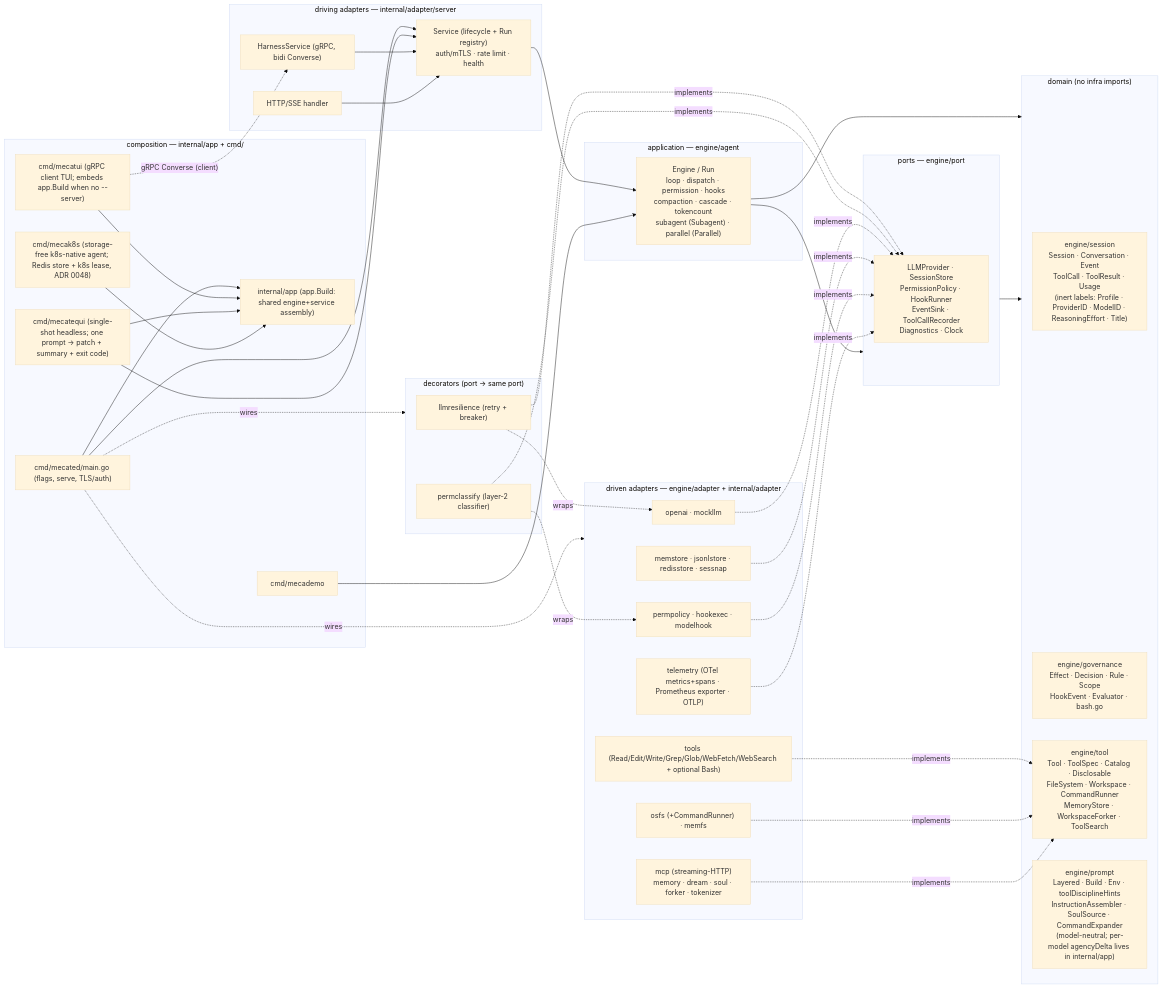
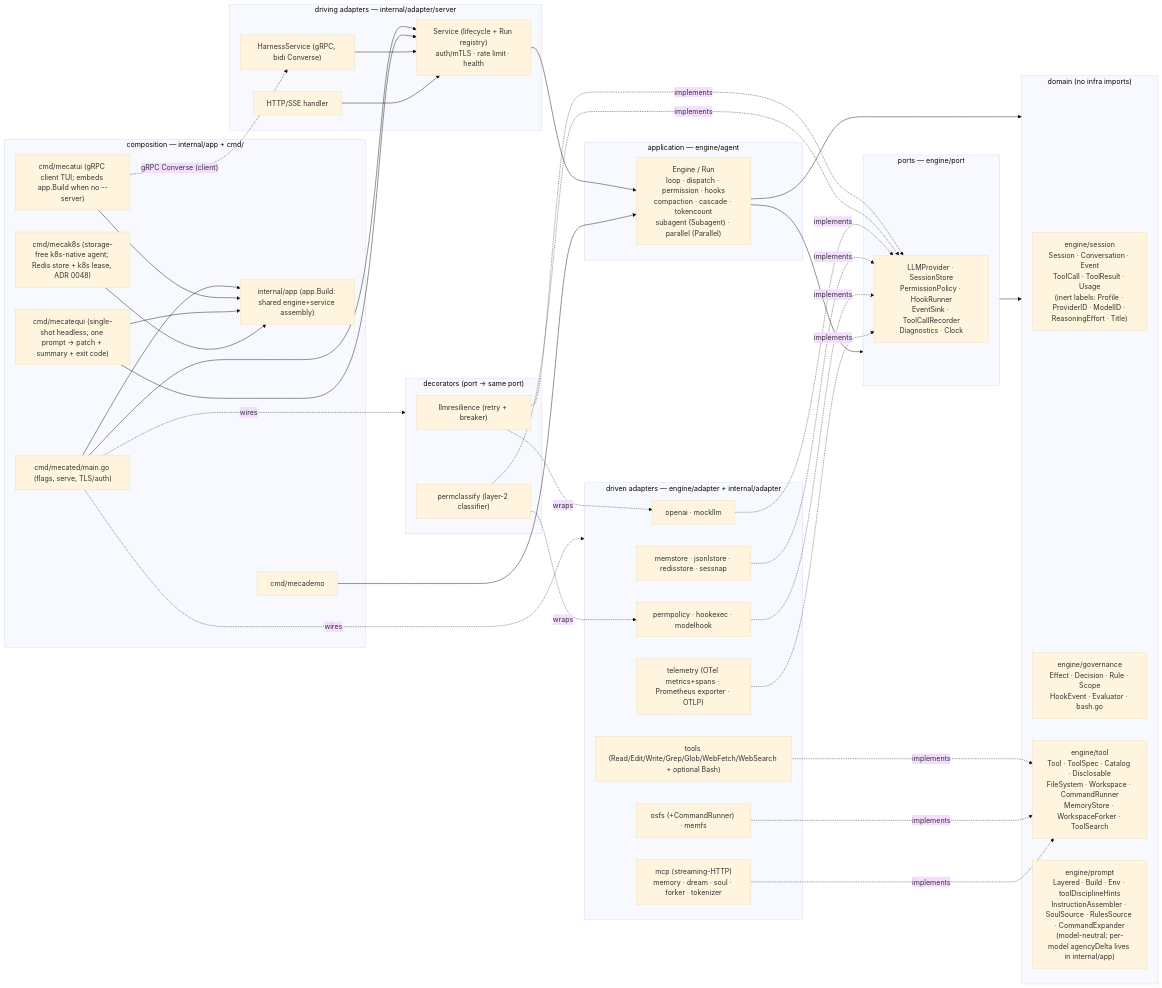
Before and after one commit to Sanskarzz/mecatl: the diagram in docs/architecture.md, drawn with Mermaid (base theme). The commit also changed other lines of this file and 40 other files, not shown here.

First line of the commit message:
feat(prompt): RulesSource port + .claude/rules discovery (#329) (#334)

````diff
--- a/docs/architecture.md
+++ b/docs/architecture.md
@@ -101,74 +101,74 @@
 ```mermaid
 flowchart LR
   subgraph CMD["composition — internal/app + cmd/"]
     app["internal/app (app.Build: shared engine+service assembly)"]
     mecated["cmd/mecated/main.go (flags, serve, TLS/auth)"]
     demo["cmd/mecademo"]
     tui["cmd/mecatui (gRPC client TUI; embeds app.Build when no --server)"]
     mq["cmd/mecatequi (single-shot headless; one prompt → patch + summary + exit code)"]
     k8s["cmd/mecak8s (storage-free k8s-native agent; Redis store + k8s lease, ADR 0048)"]
     mecated --> app
     tui --> app
     mq --> app
     k8s --> app
   end
 
   subgraph DRIVING["driving adapters — internal/adapter/server"]
     grpc["HarnessService (gRPC, bidi Converse)"]
     http["HTTP/SSE handler"]
     svc["Service (lifecycle + Run registry)\nauth/mTLS · rate limit · health"]
   end
 
   subgraph APP["application — engine/agent"]
     engine["Engine / Run\nloop · dispatch · permission · hooks\ncompaction · cascade · tokencount\nsubagent (Subagent) · parallel (Parallel)"]
   end
 
   subgraph PORTS["ports — engine/port"]
     p["LLMProvider · SessionStore\nPermissionPolicy · HookRunner\nEventSink · ToolCallRecorder\nDiagnostics · Clock"]
   end
 
   subgraph DOMAIN["domain (no infra imports)"]
     sess["engine/session\nSession · Conversation · Event\nToolCall · ToolResult · Usage\n(inert labels: Profile · ProviderID · ModelID · ReasoningEffort · Title)"]
     gov["engine/governance\nEffect · Decision · Rule · Scope\nHookEvent · Evaluator · bash.go"]
     tl["engine/tool\nTool · ToolSpec · Catalog · Disclosable\nFileSystem · Workspace · CommandRunner\nMemoryStore · WorkspaceForker · ToolSearch"]
-    pr["engine/prompt\nLayered · Build · Env · toolDisciplineHints\nInstructionAssembler · SoulSource · CommandExpander\n(model-neutral; per-model agencyDelta lives in internal/app)"]
+    pr["engine/prompt\nLayered · Build · Env · toolDisciplineHints\nInstructionAssembler · SoulSource · RulesSource · CommandExpander\n(model-neutral; per-model agencyDelta lives in internal/app)"]
   end
 
   subgraph DECOR["decorators (port → same port)"]
     res["llmresilience (retry + breaker)"]
     pc["permclassify (layer-2 classifier)"]
   end
 
   subgraph DRIVEN["driven adapters — engine/adapter + internal/adapter"]
     oai["openai · mockllm"]
     fs["osfs (+CommandRunner) · memfs"]
     st["memstore · jsonlstore · redisstore · sessnap"]
     tools["tools (Read/Edit/Write/Grep/Glob/WebFetch/WebSearch + optional Bash)"]
     pp["permpolicy · hookexec · modelhook"]
     tel["telemetry (OTel metrics+spans · Prometheus exporter · OTLP)"]
     ext["mcp (streaming-HTTP)\nmemory · dream · soul · forker · tokenizer"]
   end
 
   mecated --> svc --> engine
   demo --> engine
   mq --> svc
   tui -. "gRPC Converse (client)" .-> grpc
   grpc --> svc
   http --> svc
   engine --> PORTS
   engine --> DOMAIN
   PORTS --> DOMAIN
   res -.wraps.-> oai
   res -.implements.-> p
   pc -.wraps.-> pp
   pc -.implements.-> p
   oai -.implements.-> p
   st -.implements.-> p
   pp -.implements.-> p
   tel -.implements.-> p
   tools -.implements.-> tl
   fs -.implements.-> tl
   ext -.implements.-> tl
   mecated -. wires .-> DRIVEN
   mecated -. wires .-> DECOR
 ```
````
